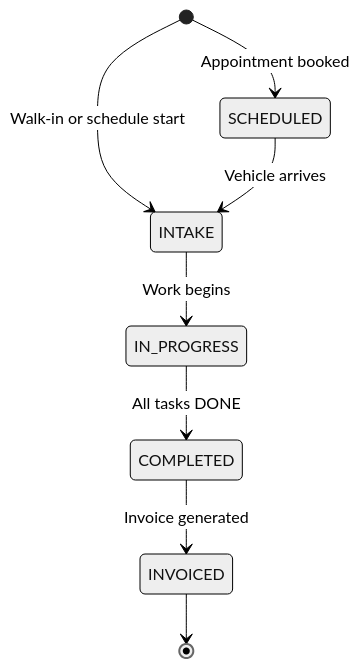
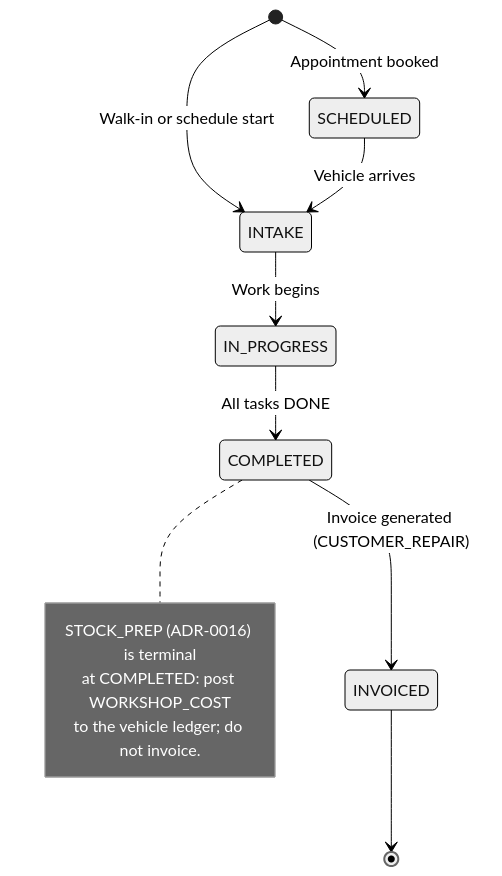
Before and after one commit to vandean25/auto-core-platform: the first of 9 diagrams in docs/internal/04-Database/state-machines.md, drawn with Mermaid (neutral theme). The commit also changed other lines of this file and 69 other files, not shown here.

First line of the commit message:
feat(vehicle-stock): add used vehicle buy-stock-sell with margin VAT

````diff
--- a/docs/internal/04-Database/state-machines.md
+++ b/docs/internal/04-Database/state-machines.md
@@ -37,10 +37,16 @@
 ```mermaid
 stateDiagram-v2
     [*] --> SCHEDULED: Appointment booked
     [*] --> INTAKE: Walk-in or schedule start
     SCHEDULED --> INTAKE: Vehicle arrives
     INTAKE --> IN_PROGRESS: Work begins
     IN_PROGRESS --> COMPLETED: All tasks DONE
-    COMPLETED --> INVOICED: Invoice generated
+    COMPLETED --> INVOICED: Invoice generated (CUSTOMER_REPAIR)
     INVOICED --> [*]
+
+    note right of COMPLETED
+      STOCK_PREP (ADR-0016) is terminal
+      at COMPLETED: post WORKSHOP_COST
+      to the vehicle ledger; do not invoice.
+    end note
 ```
````
